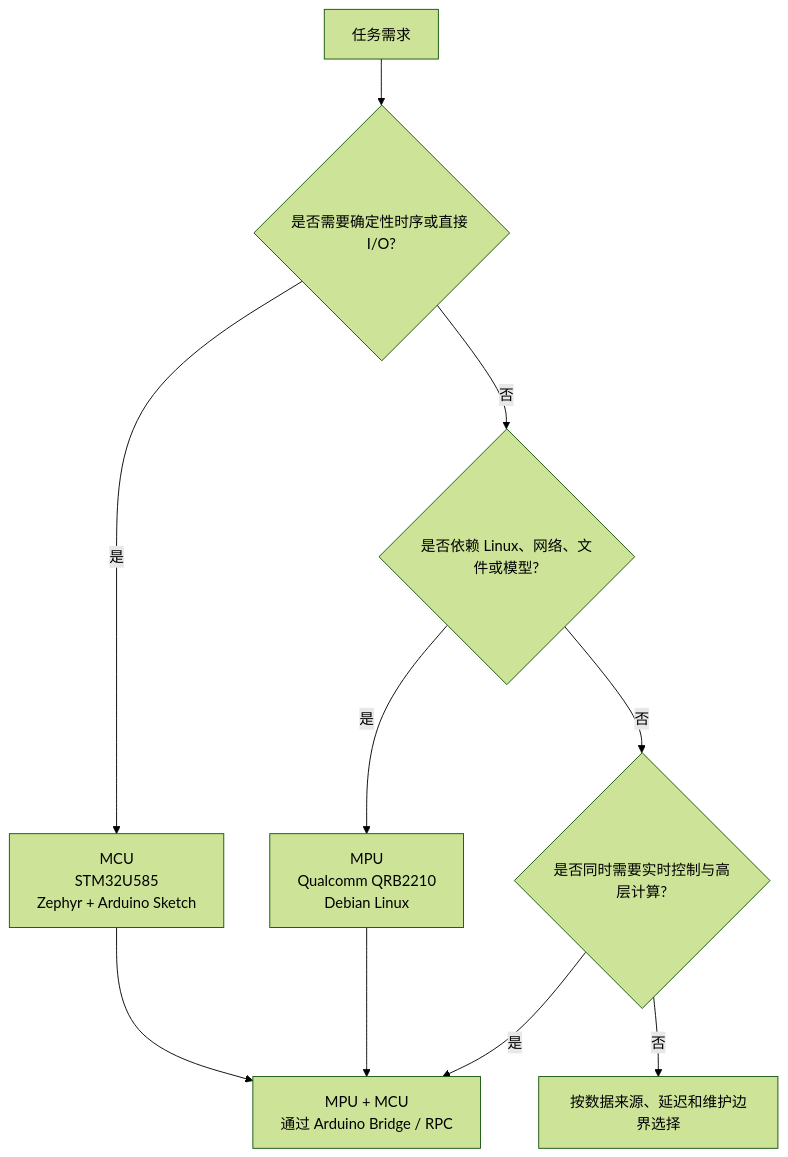
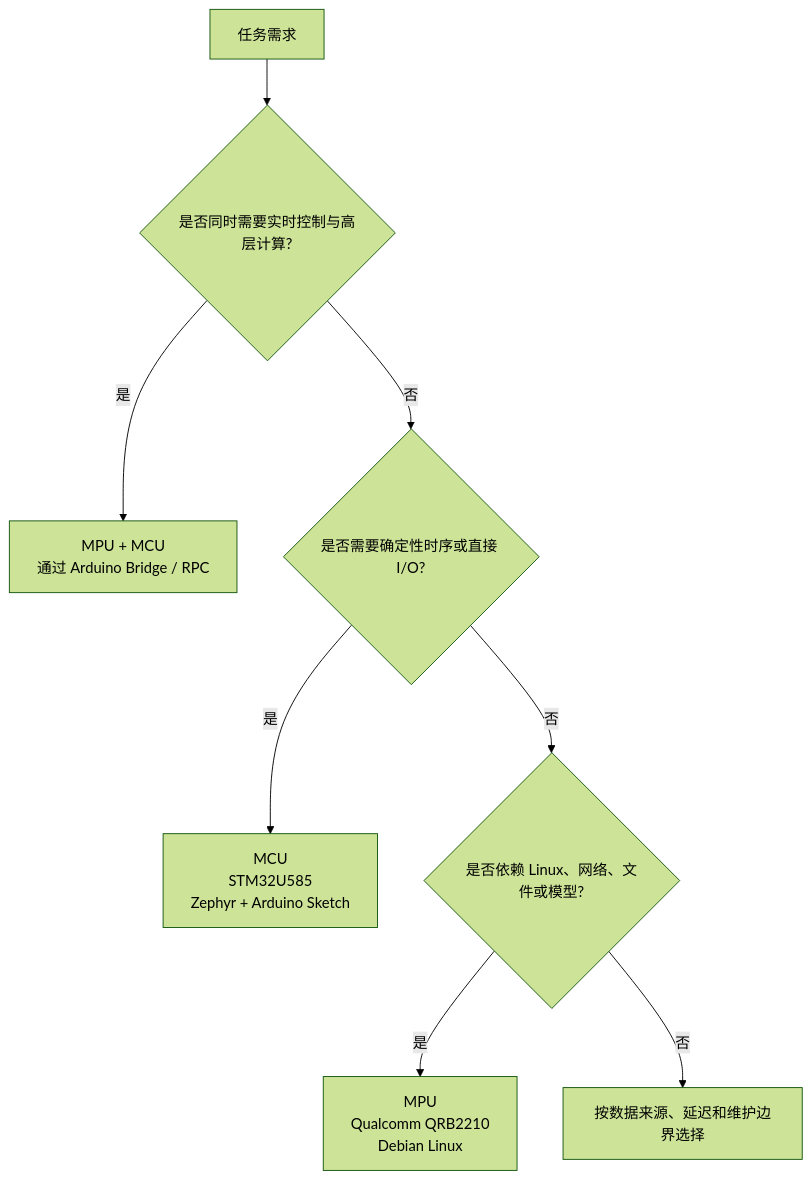
One commit to zhaojinping/arduino-uno-q-deep-development-learning-roadmap changed the diagram in book/第1篇_认识UNOQ/第2章_什么是Arduino_UNO_Q.md. Above: the diagram before and after it, drawn with Mermaid (forest theme). The commit also changed other lines of this file and 4 other files, not shown here.

Commit message:
docs: fix chapter 2 decision graph traceability

````diff
--- a/book/第1篇_认识UNOQ/第2章_什么是Arduino_UNO_Q.md
+++ b/book/第1篇_认识UNOQ/第2章_什么是Arduino_UNO_Q.md
@@ -89,12 +89,10 @@
 ```mermaid
 flowchart TB
-    START[任务需求] --> TIMING{是否需要确定性时序或直接 I/O?}
+    START[任务需求] --> HYBRID{是否同时需要实时控制与高层计算?}
+    HYBRID -->|是| BOTH[MPU + MCU\n通过 Arduino Bridge / RPC]
+    HYBRID -->|否| TIMING{是否需要确定性时序或直接 I/O?}
     TIMING -->|是| MCU[MCU\nSTM32U585\nZephyr + Arduino Sketch]
     TIMING -->|否| LINUX{是否依赖 Linux、网络、文件或模型?}
     LINUX -->|是| MPU[MPU\nQualcomm QRB2210\nDebian Linux]
-    LINUX -->|否| HYBRID{是否同时需要实时控制与高层计算?}
-    HYBRID -->|是| BOTH[MPU + MCU\n通过 Arduino Bridge / RPC]
-    HYBRID -->|否| CHOOSE[按数据来源、延迟和维护边界选择]
-    MCU --> BOTH
-    MPU --> BOTH
+    LINUX -->|否| CHOOSE[按数据来源、延迟和维护边界选择]
 ```
````
